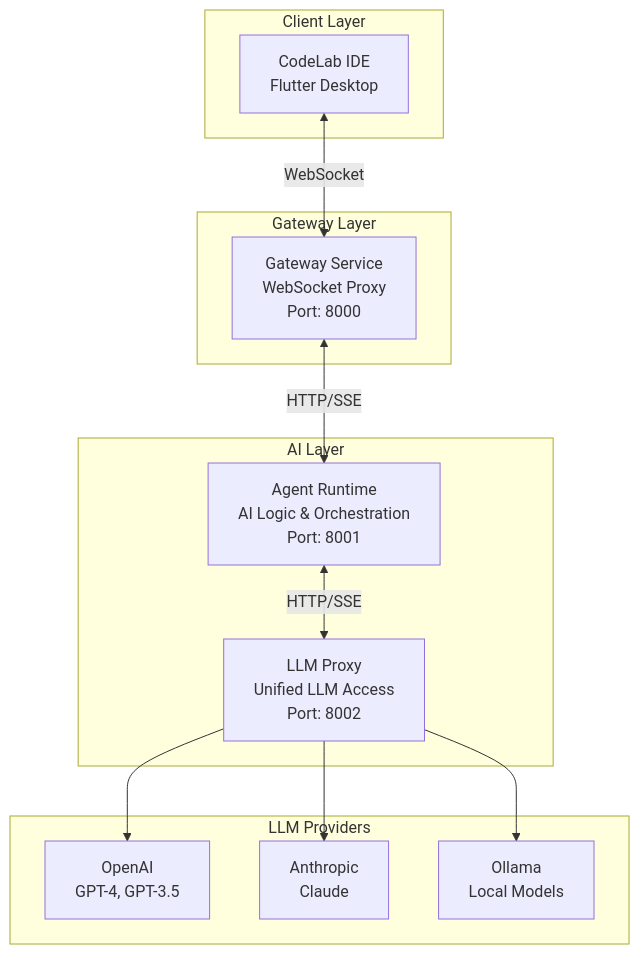
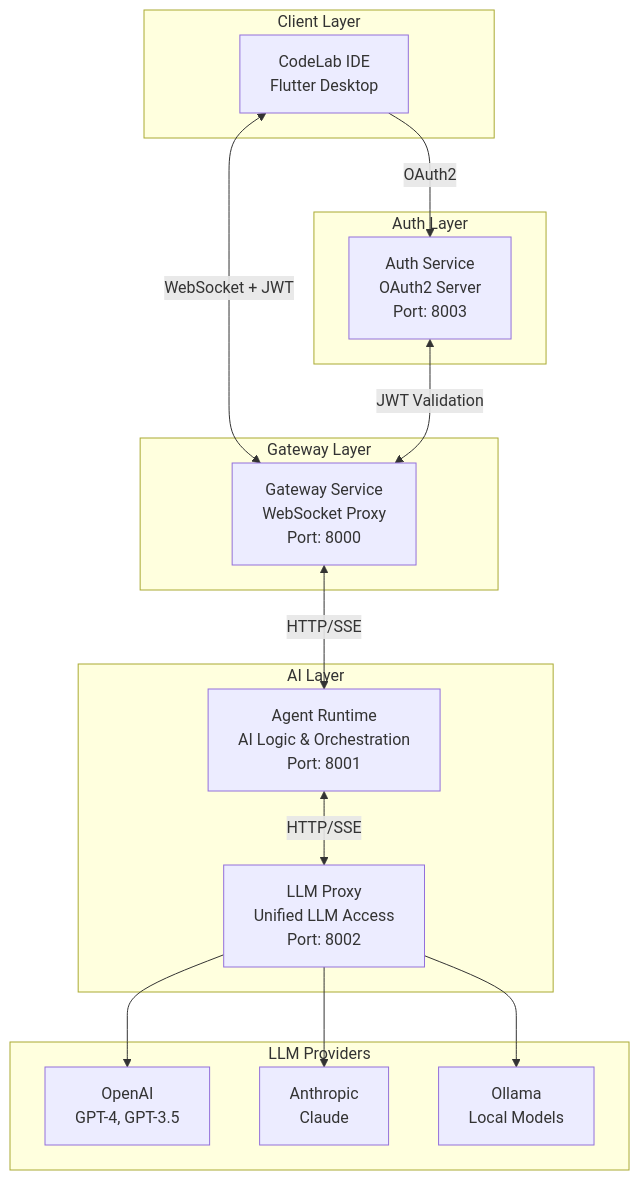
Before and after one commit to pese-git/codelab-website: the first of 3 diagrams in docs/architecture/overview.md, drawn with Mermaid. The commit also changed other lines of this file and 11 other files, not shown here.

````diff
--- a/docs/architecture/overview.md
+++ b/docs/architecture/overview.md
@@ -11,28 +11,34 @@
 ```mermaid
 flowchart TB
     subgraph "Client Layer"
         IDE[CodeLab IDE<br/>Flutter Desktop]
     end
     
     subgraph "Gateway Layer"
         GW[Gateway Service<br/>WebSocket Proxy<br/>Port: 8000]
+    end
+    
+    subgraph "Auth Layer"
+        AUTH[Auth Service<br/>OAuth2 Server<br/>Port: 8003]
     end
     
     subgraph "AI Layer"
         AR[Agent Runtime<br/>AI Logic & Orchestration<br/>Port: 8001]
         LP[LLM Proxy<br/>Unified LLM Access<br/>Port: 8002]
     end
     
     subgraph "LLM Providers"
         OAI[OpenAI<br/>GPT-4, GPT-3.5]
         ANT[Anthropic<br/>Claude]
         OLL[Ollama<br/>Local Models]
     end
     
-    IDE <-->|WebSocket| GW
+    IDE -->|OAuth2| AUTH
+    IDE <-->|WebSocket + JWT| GW
+    AUTH <-->|JWT Validation| GW
     GW <-->|HTTP/SSE| AR
     AR <-->|HTTP/SSE| LP
     LP --> OAI
     LP --> ANT
     LP --> OLL
 ```
````
